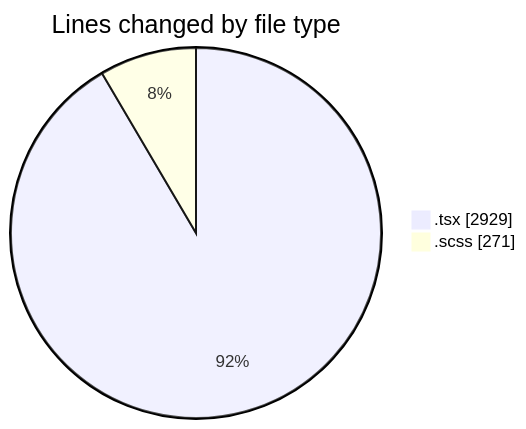
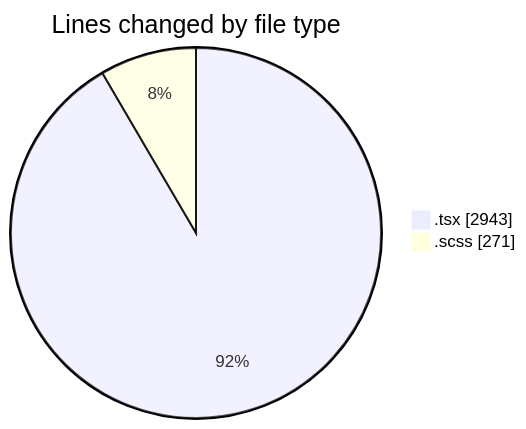
One commit to momahboobian/code-tracking changed the first of 2 diagrams in 2025-11-18/cda/README.md. Above: the diagram before and after it, drawn with Mermaid. The commit also changed other lines of this file and 1 other file, not shown here.

````diff
--- a/2025-11-18/cda/README.md
+++ b/2025-11-18/cda/README.md
@@ -25,6 +25,6 @@
 ```mermaid
 pie showData
 title Lines changed by file type
-".tsx" : 2929
+".tsx" : 2943
 ".scss" : 271
 ```
````
